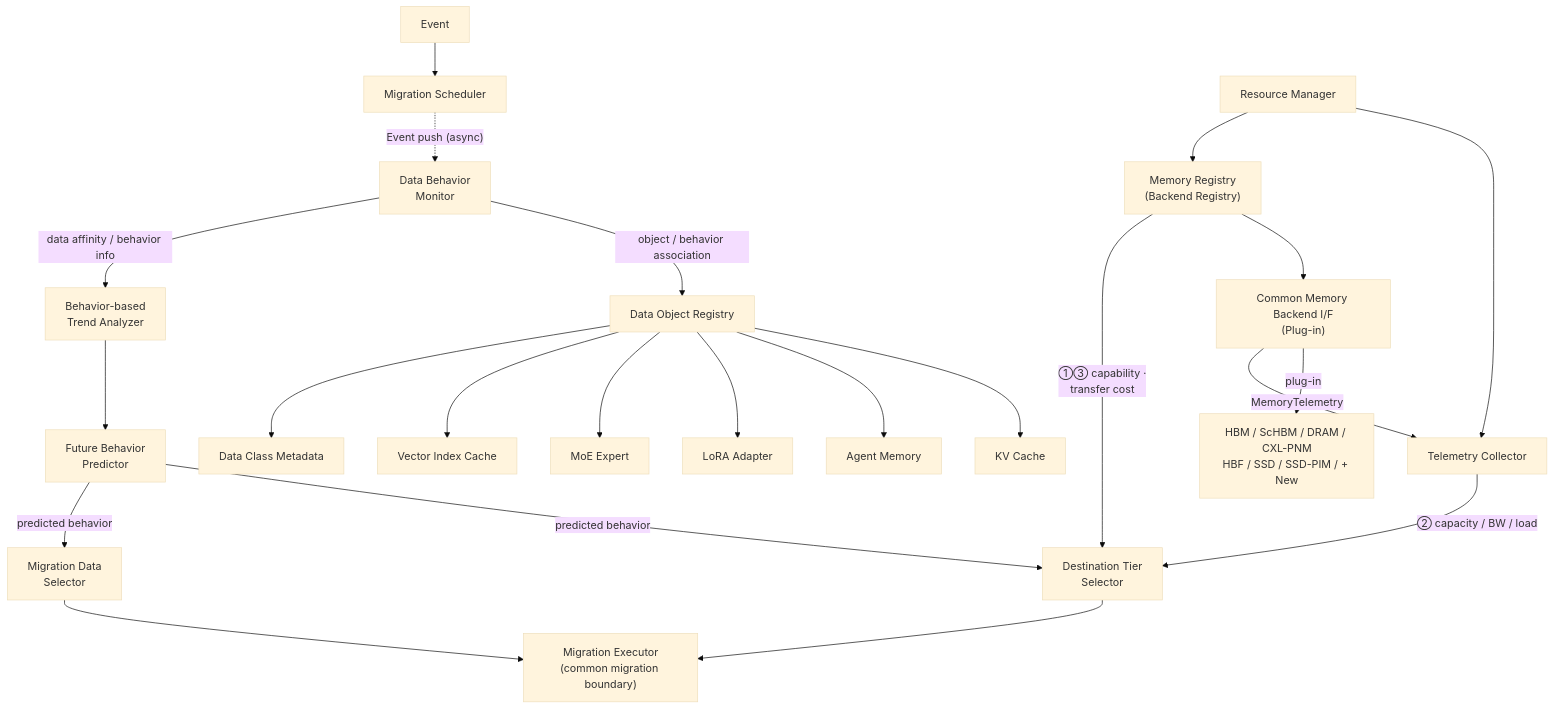
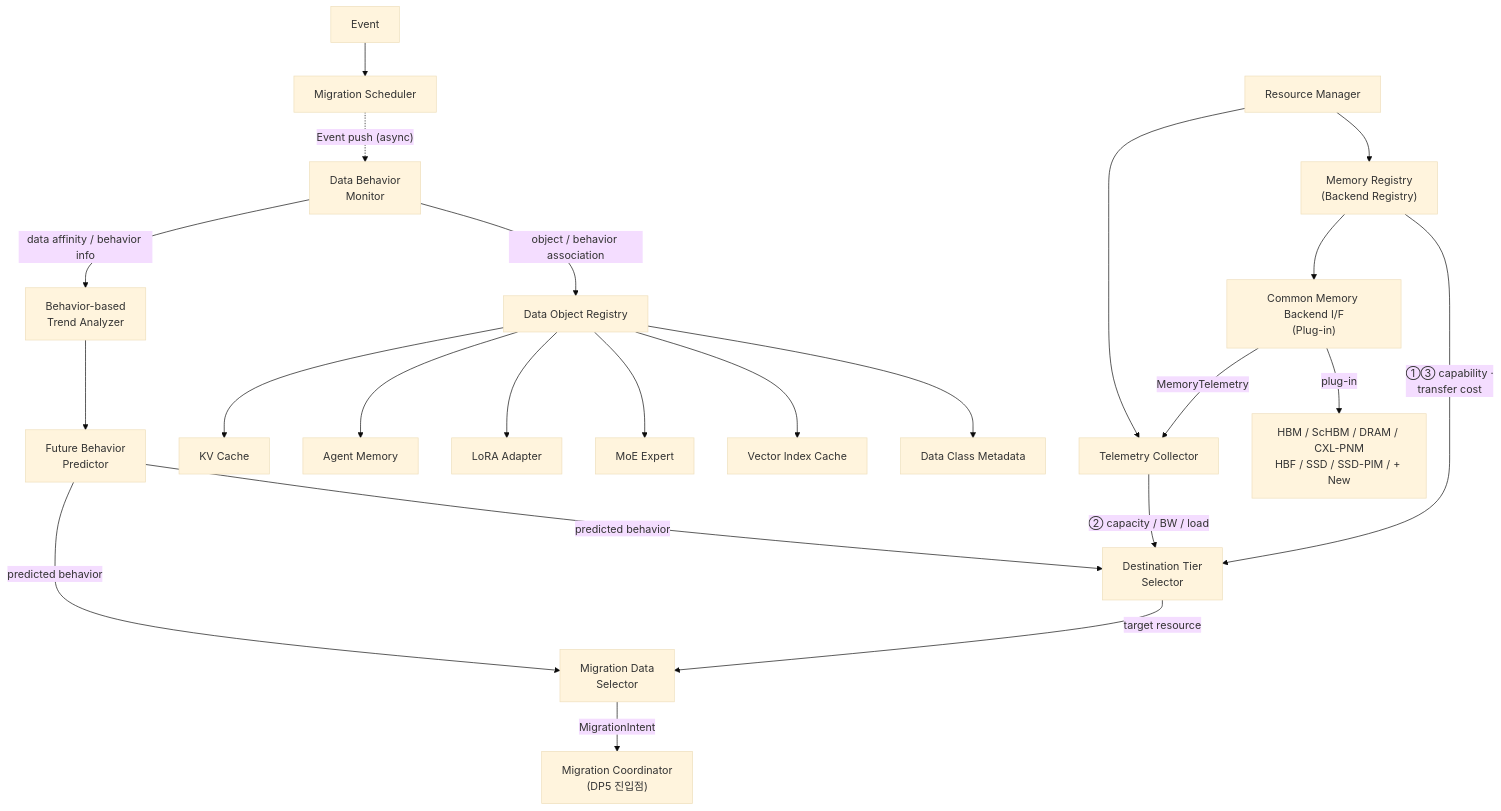
The fourth of 5 diagrams in doc-mk/DP1/dp1-ai-data-migration-decision-architecture.md (mkim0628/vllm), drawn with Mermaid (base theme) before and after one commit. The commit also changed other lines of this file and 2 other files, not shown here.

First line of the commit message:
DP1 exits at Migration Coordinator; intent assembled by Migration Data Selector; two intent producers

```diff
--- a/doc-mk/DP1/dp1-ai-data-migration-decision-architecture.md
+++ b/doc-mk/DP1/dp1-ai-data-migration-decision-architecture.md
@@ -1745,56 +1764,56 @@
 ~~~mermaid
 flowchart TD
     EV["Event"]
     MS["Migration Scheduler"]
 
     DBM["Data Behavior<br/>Monitor"]
     BTA["Behavior-based<br/>Trend Analyzer"]
     FBP["Future Behavior<br/>Predictor"]
 
     DOR["Data Object Registry"]
     KV["KV Cache"]
     AM["Agent Memory"]
     LA["LoRA Adapter"]
     MOE["MoE Expert"]
     IDX["Vector Index Cache"]
     META["Data Class Metadata"]
 
     DTS["Destination Tier<br/>Selector"]
     MDS["Migration Data<br/>Selector"]
-    ME["Migration Executor<br/>(common migration boundary)"]
+    MC["Migration Coordinator<br/>(DP5 진입점)"]
 
     RM["Resource Manager"]
     TC["Telemetry Collector"]
     MR["Memory Registry<br/>(Backend Registry)"]
     MBI["Common Memory Backend I/F<br/>(Plug-in)"]
     MEMS["HBM / ScHBM / DRAM / CXL-PNM<br/>HBF / SSD / SSD-PIM / + New"]
 
     EV --> MS
     MS -. "Event push (async)" .-> DBM
 
     DBM -->|"object / behavior association"| DOR
     DBM -->|"data affinity / behavior info"| BTA
     BTA --> FBP
 
     DOR --> KV
     DOR --> AM
     DOR --> LA
     DOR --> MOE
     DOR --> IDX
     DOR --> META
 
     RM --> TC
     RM --> MR
     MR --> MBI
     MBI -->|"plug-in"| MEMS
     MBI -->|"MemoryTelemetry"| TC
 
     FBP -->|"predicted behavior"| DTS
     FBP -->|"predicted behavior"| MDS
 
     TC -->|"② capacity / BW / load"| DTS
     MR -->|"①③ capability ·<br/>transfer cost"| DTS
 
-    DTS --> ME
-    MDS --> ME
+    DTS -->|"target resource"| MDS
+    MDS -->|"MigrationIntent"| MC
 ~~~
```
